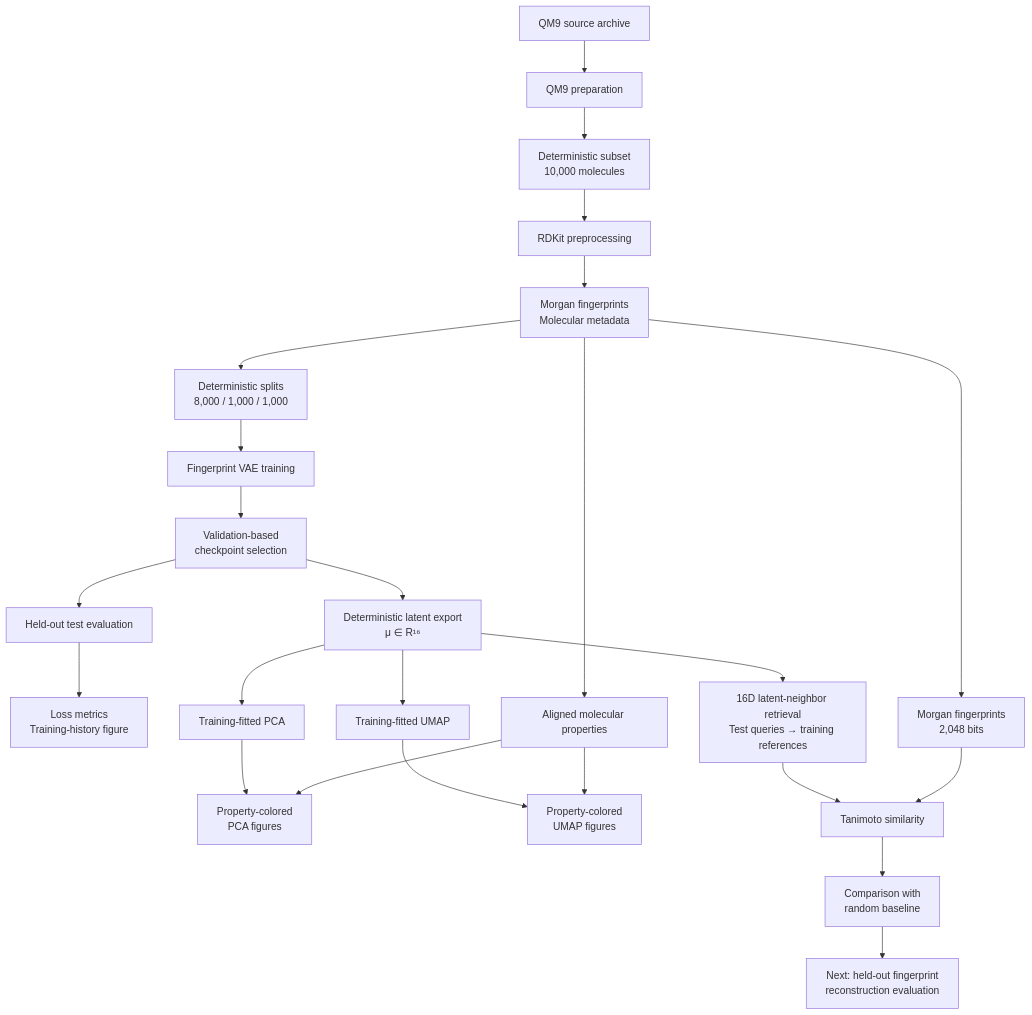
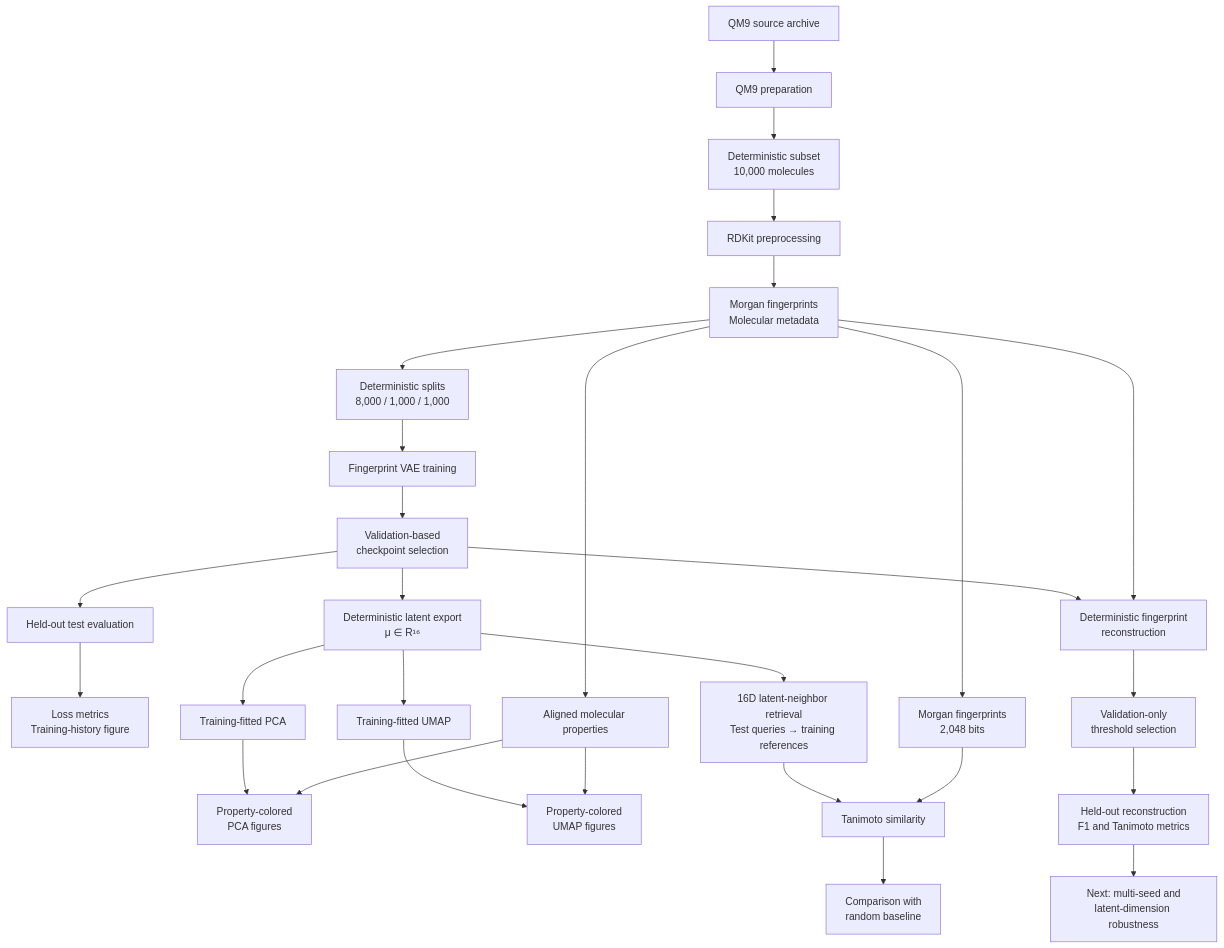
Before and after one commit to rizonehyseni/Latent-Space-Explorer: the diagram in docs/ARCHITECTURE.md, drawn with Mermaid. The commit also changed other lines of this file and 7 other files, not shown here.

Commit message:
docs: document fingerprint reconstruction evaluation

````diff
--- a/docs/ARCHITECTURE.md
+++ b/docs/ARCHITECTURE.md
@@ -13,31 +11,35 @@
 ```mermaid
 flowchart TD
     A["QM9 source archive"] --> B["QM9 preparation"]
     B --> C["Deterministic subset<br/>10,000 molecules"]
     C --> D["RDKit preprocessing"]
     D --> E["Morgan fingerprints<br/>Molecular metadata"]
     E --> F["Deterministic splits<br/>8,000 / 1,000 / 1,000"]
 
     F --> G["Fingerprint VAE training"]
     G --> H["Validation-based<br/>checkpoint selection"]
     H --> I["Held-out test evaluation"]
     I --> J["Loss metrics<br/>Training-history figure"]
 
     H --> K["Deterministic latent export<br/>μ ∈ R¹⁶"]
     K --> L["Training-fitted PCA"]
     K --> M["Training-fitted UMAP"]
 
     E --> N["Aligned molecular properties"]
     L --> O["Property-colored<br/>PCA figures"]
     M --> P["Property-colored<br/>UMAP figures"]
     N --> O
     N --> P
 
     K --> Q["16D latent-neighbor retrieval<br/>Test queries → training references"]
     E --> R["Morgan fingerprints<br/>2,048 bits"]
     Q --> S["Tanimoto similarity"]
     R --> S
     S --> T["Comparison with<br/>random baseline"]
 
-    T --> U["Next: held-out fingerprint<br/>reconstruction evaluation"]
+    H --> U["Deterministic fingerprint<br/>reconstruction"]
+    E --> U
+    U --> V["Validation-only<br/>threshold selection"]
+    V --> W["Held-out reconstruction<br/>F1 and Tanimoto metrics"]
+    W --> X["Next: multi-seed and<br/>latent-dimension robustness"]
 ```
````
